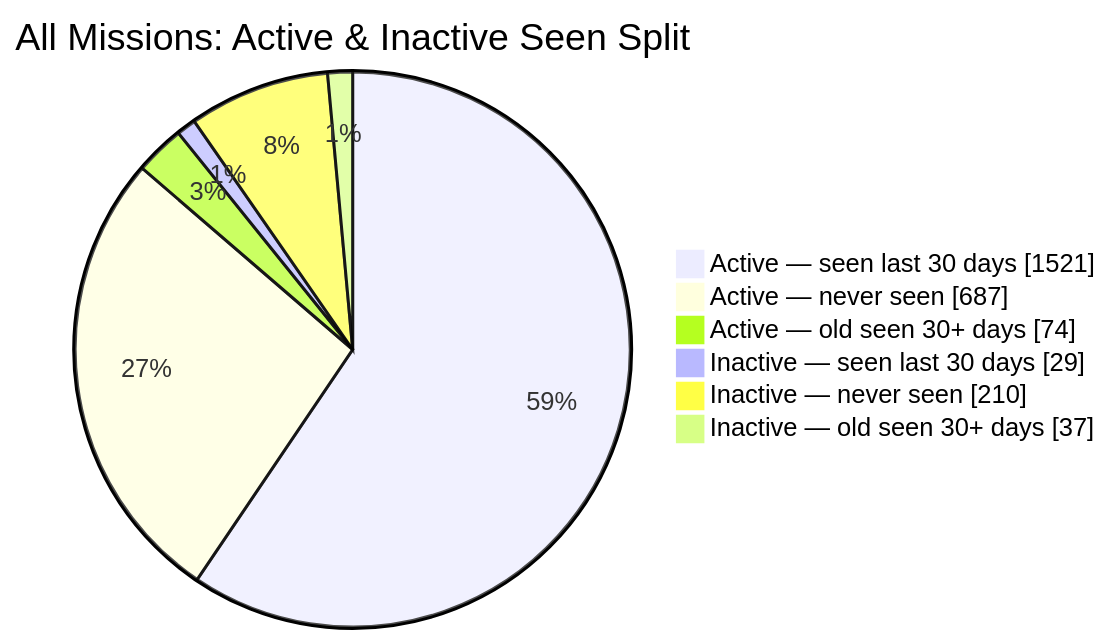
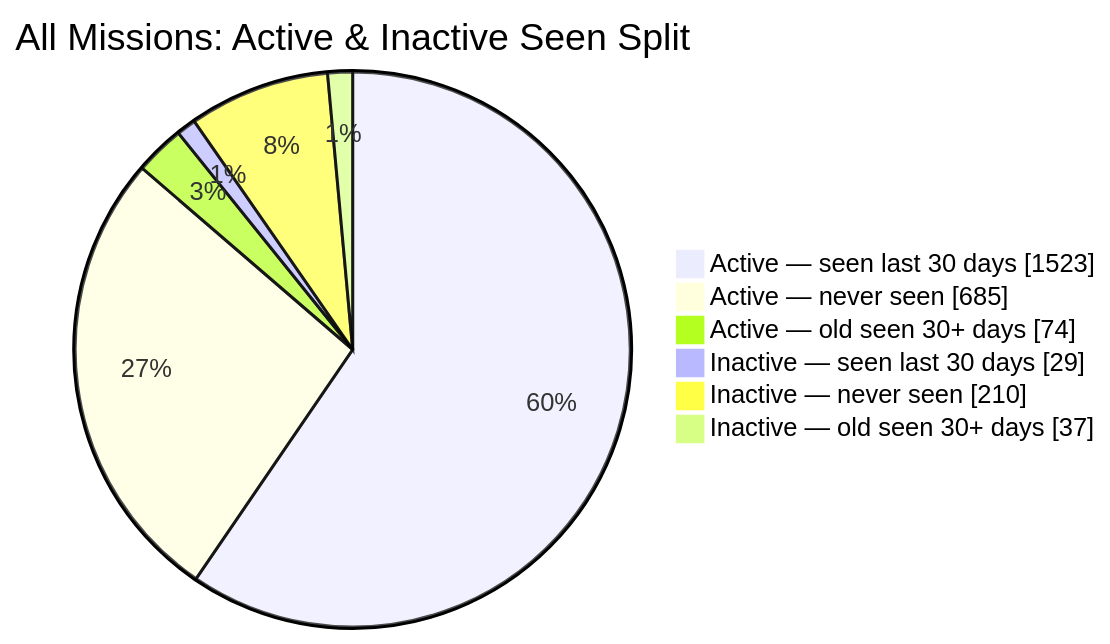
One commit to MeldkamerspelGameTeam/active-missions changed the second of 2 diagrams in README.md. Above: the diagram before and after it, drawn with Mermaid. The commit also changed other lines of this file and 2 other files, not shown here.

````diff
--- a/README.md
+++ b/README.md
@@ -44,10 +44,10 @@
 ```mermaid
 pie showData
     title All Missions: Active & Inactive Seen Split
-    "Active — seen last 30 days" : 1521
-    "Active — never seen" : 687
+    "Active — seen last 30 days" : 1523
+    "Active — never seen" : 685
     "Active — old seen 30+ days" : 74
     "Inactive — seen last 30 days" : 29
     "Inactive — never seen" : 210
     "Inactive — old seen 30+ days" : 37
 ```
````
